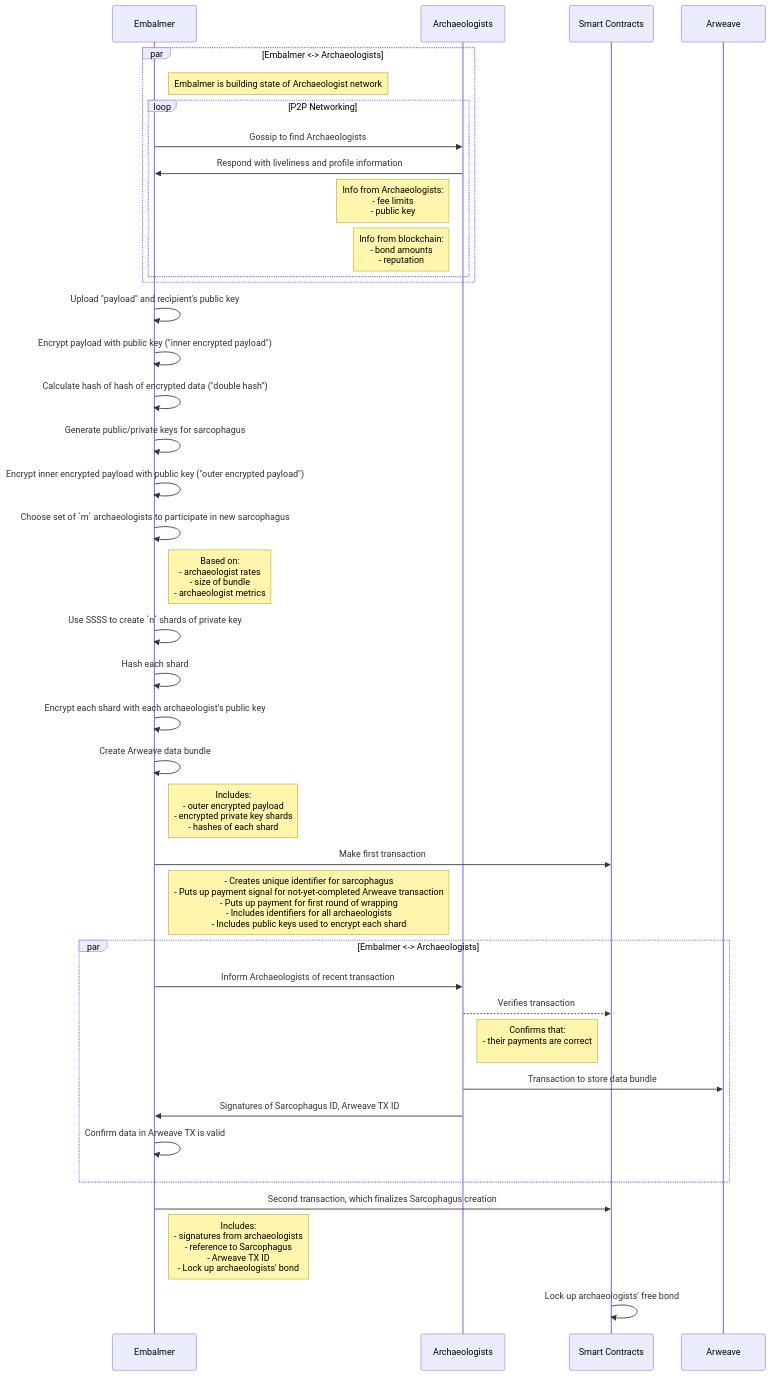
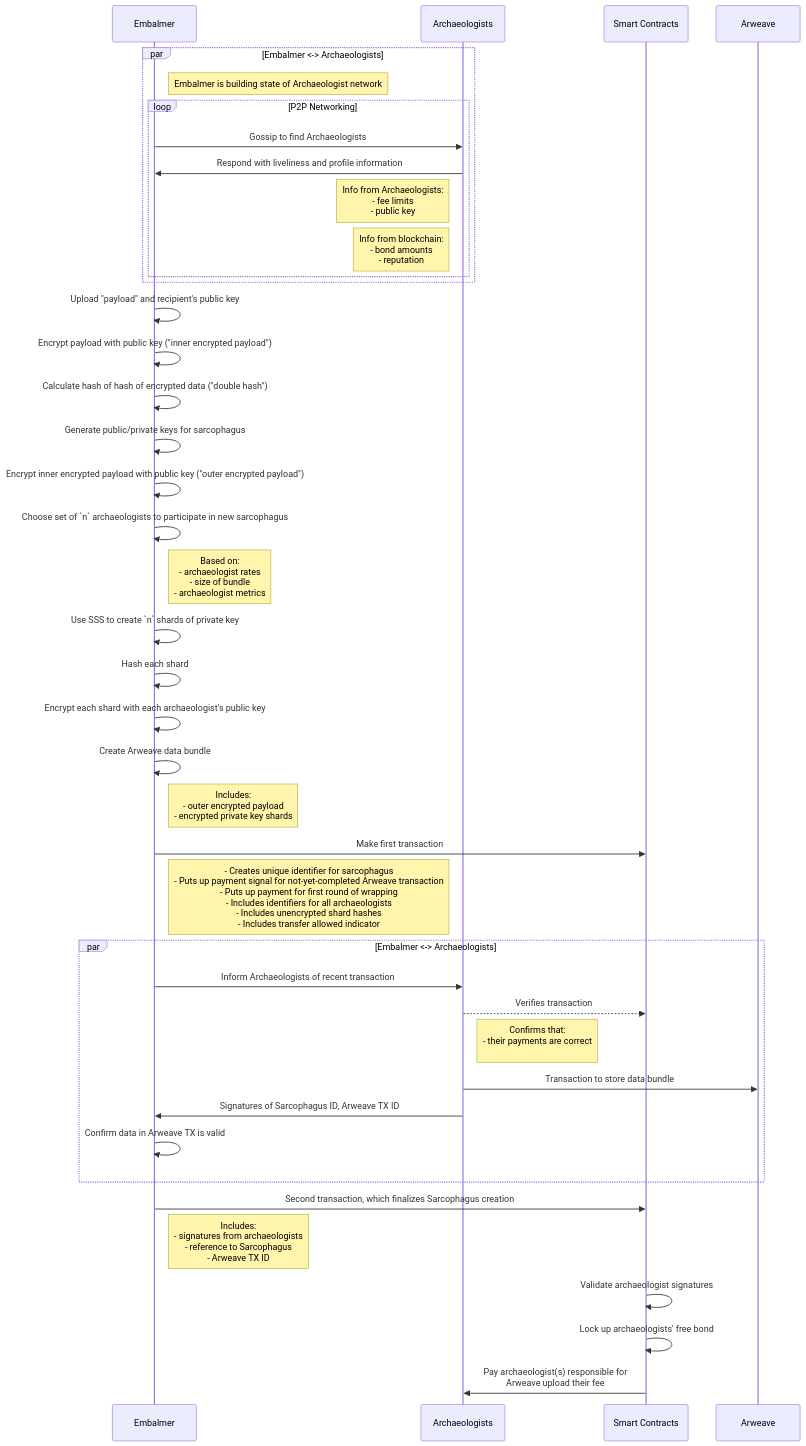
The diagram in create-sarcophagus.md (sarcophagus-org/sarcophagus-v2-specs), drawn with Mermaid before and after one commit. The commit also changed 5 other files, not shown here.

````diff
--- a/create-sarcophagus.md
+++ b/create-sarcophagus.md
@@ -1,69 +1,73 @@
 ```mermaid
 sequenceDiagram
   participant Embalmer
   participant Archaeologists
   participant Smart Contracts
   participant Arweave
 
   par Embalmer <-> Archaeologists
     Note right of Embalmer: Embalmer is building state of Archaeologist network
 
     loop P2P Networking
       Embalmer->>Archaeologists: Gossip to find Archaeologists
 
       Archaeologists->>Embalmer: Respond with liveliness and profile information
 
       Note left of Archaeologists: Info from Archaeologists:<br/>- fee limits<br/>- public key
 
       Note left of Archaeologists: Info from blockchain:<br/>- bond amounts<br/>- reputation
     end
   end
 
   Embalmer->>Embalmer: Upload "payload" and recipient's public key
 
   Embalmer->>Embalmer: Encrypt payload with public key ("inner encrypted payload")
 
   Embalmer->>Embalmer: Calculate hash of hash of encrypted data ("double hash")
 
   Embalmer->>Embalmer: Generate public/private keys for sarcophagus
 
   Embalmer->>Embalmer: Encrypt inner encrypted payload with public key ("outer encrypted payload")
 
-  Embalmer->>Embalmer: Choose set of `m` archaeologists to participate in new sarcophagus
+  Embalmer->>Embalmer: Choose set of `n` archaeologists to participate in new sarcophagus
   
   Note right of Embalmer: Based on:<br/>- archaeologist rates<br/>- size of bundle<br />- archaeologist metrics
 
-  Embalmer->>Embalmer: Use SSSS to create `n` shards of private key
+  Embalmer->>Embalmer: Use SSS to create `n` shards of private key
 
   Embalmer->>Embalmer: Hash each shard
 
   Embalmer->>Embalmer: Encrypt each shard with each archaeologist's public key
 
   Embalmer->>Embalmer: Create Arweave data bundle
 
-  Note right of Embalmer: Includes:<br/>- outer encrypted payload<br/>- encrypted private key shards<br/>- hashes of each shard
+  Note right of Embalmer: Includes:<br/>- outer encrypted payload<br/>- encrypted private key shards
 
   Embalmer->>Smart Contracts: Make first transaction
 
-  Note right of Embalmer:- Creates unique identifier for sarcophagus<br/>- Puts up payment signal for not-yet-completed Arweave transaction<br/>- Puts up payment for first round of wrapping<br/>- Includes identifiers for all archaeologists<br/>- Includes public keys used to encrypt each shard
+  Note right of Embalmer:- Creates unique identifier for sarcophagus<br/>- Puts up payment signal for not-yet-completed Arweave transaction<br/>- Puts up payment for first round of wrapping<br/>- Includes identifiers for all archaeologists<br/>- Includes unencrypted shard hashes<br/>- Includes transfer allowed indicator
 
   par Embalmer <-> Archaeologists
     Embalmer->>Archaeologists: Inform Archaeologists of recent transaction
 
     Archaeologists-->>Smart Contracts: Verifies transaction
 
     Note right of Archaeologists: Confirms that:<br/>- their payments are correct<br/>
     
     Archaeologists->>Arweave: Transaction to store data bundle
 
     Archaeologists->>Embalmer: Signatures of Sarcophagus ID, Arweave TX ID
     
     Embalmer->>Embalmer: Confirm data in Arweave TX is valid
   end
 
   Embalmer->>Smart Contracts: Second transaction, which finalizes Sarcophagus creation
 
-  Note right of Embalmer: Includes:<br/>- signatures from archaeologists<br/>- reference to Sarcophagus<br/>- Arweave TX ID<br/>- Lock up archaeologists' bond
+  Note right of Embalmer: Includes:<br/>- signatures from archaeologists<br/>- reference to Sarcophagus<br/>- Arweave TX ID
+  
+  Smart Contracts->>Smart Contracts: Validate archaeologist signatures
   
   Smart Contracts->>Smart Contracts: Lock up archaeologists' free bond
+  
+  Smart Contracts->>Archaeologists: Pay archaeologist(s) responsible for <br/> Arweave upload their fee
 ```
````
